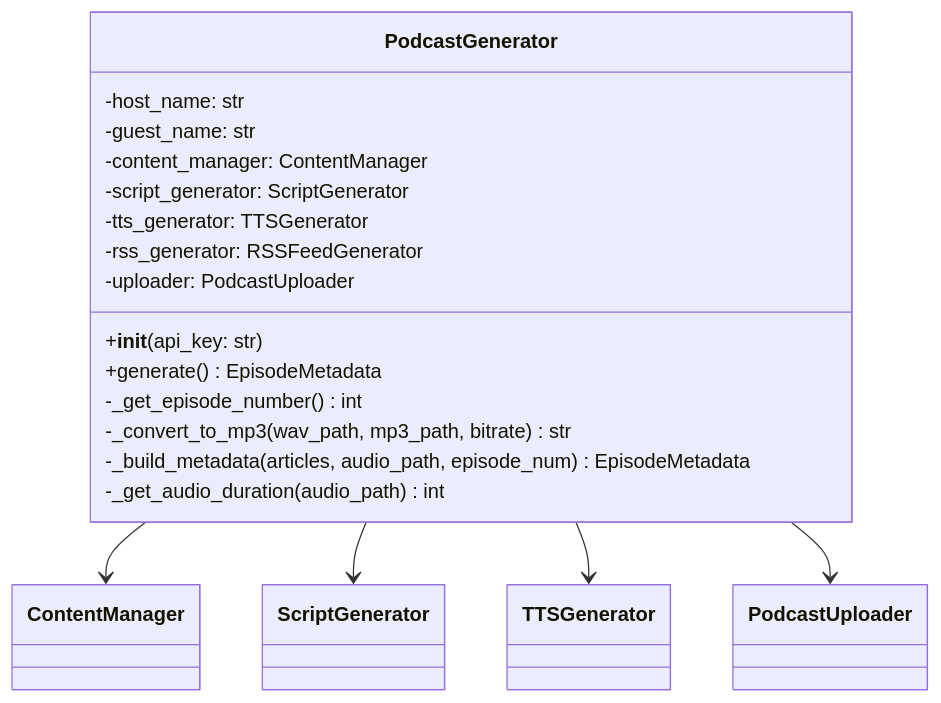
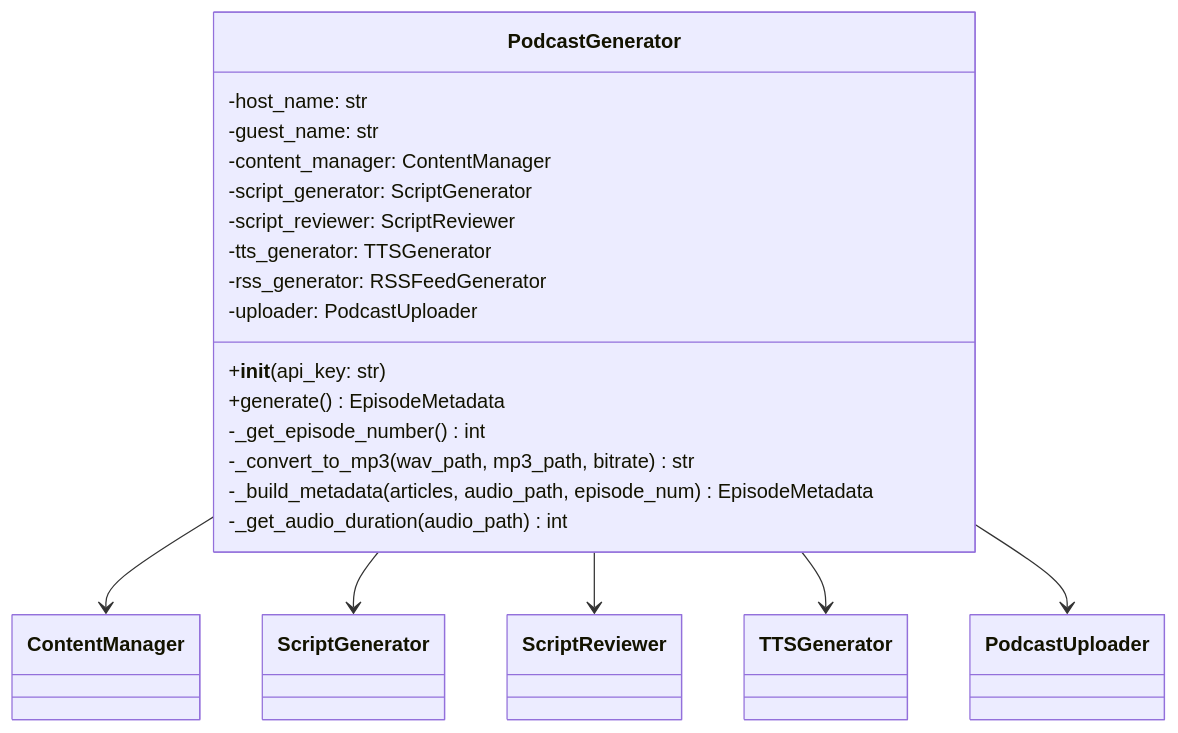
The seventh of 8 diagrams in docs/LLD.md (necoha/auto-podcast), drawn with Mermaid before and after one commit. The commit also changed other lines of this file, not shown here.

````diff
--- a/docs/LLD.md
+++ b/docs/LLD.md
@@ -408,23 +460,25 @@
 ```mermaid
 classDiagram
     class PodcastGenerator {
         -host_name: str
         -guest_name: str
         -content_manager: ContentManager
         -script_generator: ScriptGenerator
+        -script_reviewer: ScriptReviewer
         -tts_generator: TTSGenerator
         -rss_generator: RSSFeedGenerator
         -uploader: PodcastUploader
         +__init__(api_key: str)
         +generate() EpisodeMetadata
         -_get_episode_number() int
         -_convert_to_mp3(wav_path, mp3_path, bitrate) str
         -_build_metadata(articles, audio_path, episode_num) EpisodeMetadata
         -_get_audio_duration(audio_path) int
     }
 
     PodcastGenerator --> ContentManager
     PodcastGenerator --> ScriptGenerator
+    PodcastGenerator --> ScriptReviewer
     PodcastGenerator --> TTSGenerator
     PodcastGenerator --> PodcastUploader
 ```
````
